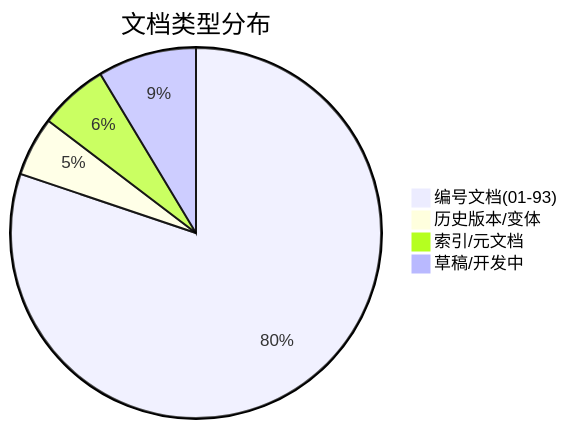
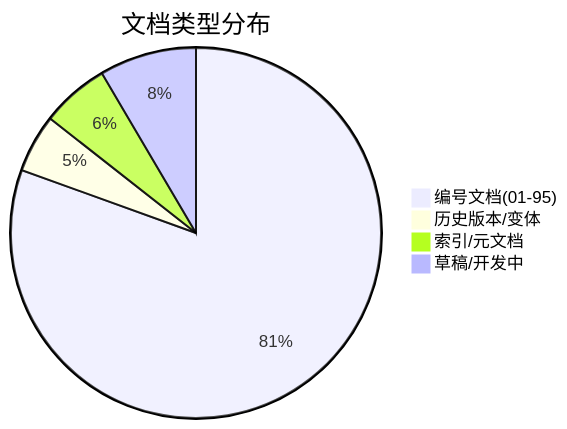
One commit to yimeng2026/TOE-SYLVA changed the first of 5 diagrams in framework/STATISTICS.md. Above: the diagram before and after it, drawn with Mermaid. The commit also changed other lines of this file and 4 other files, not shown here.

````diff
--- a/framework/STATISTICS.md
+++ b/framework/STATISTICS.md
@@ -15,7 +16,7 @@
 ```mermaid
 pie title 文档类型分布
-    "编号文档(01-93)" : 93
+    "编号文档(01-95)" : 95
     "历史版本/变体" : 6
     "索引/元文档" : 7
     "草稿/开发中" : 10
 ```
````
